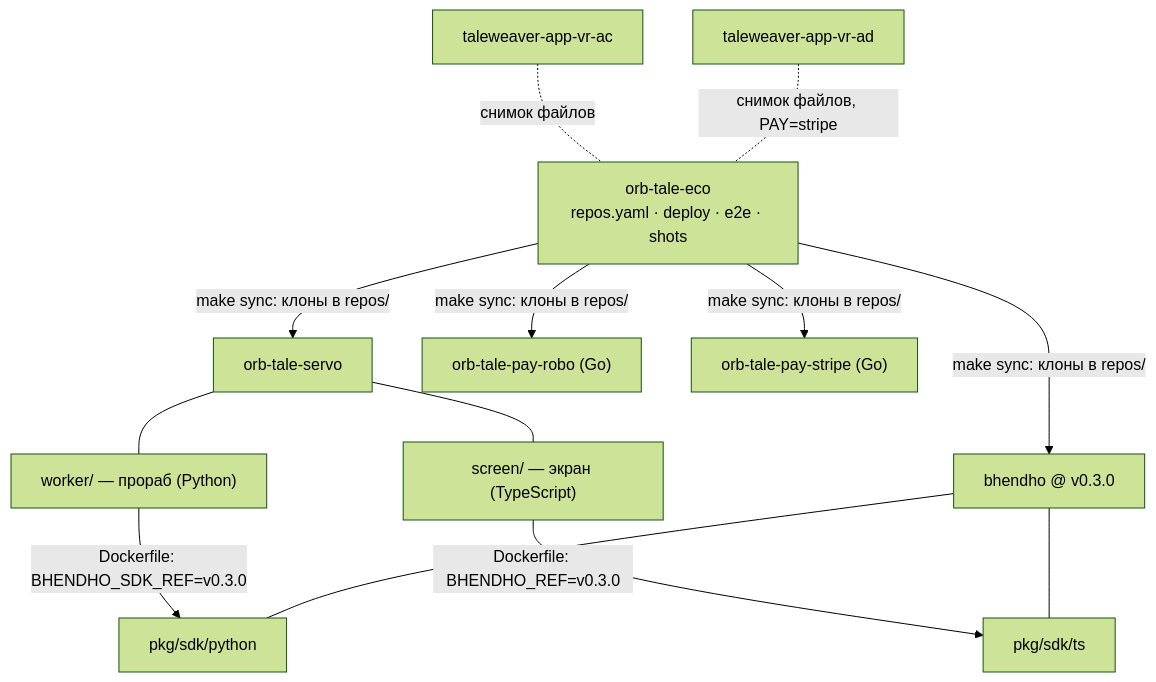
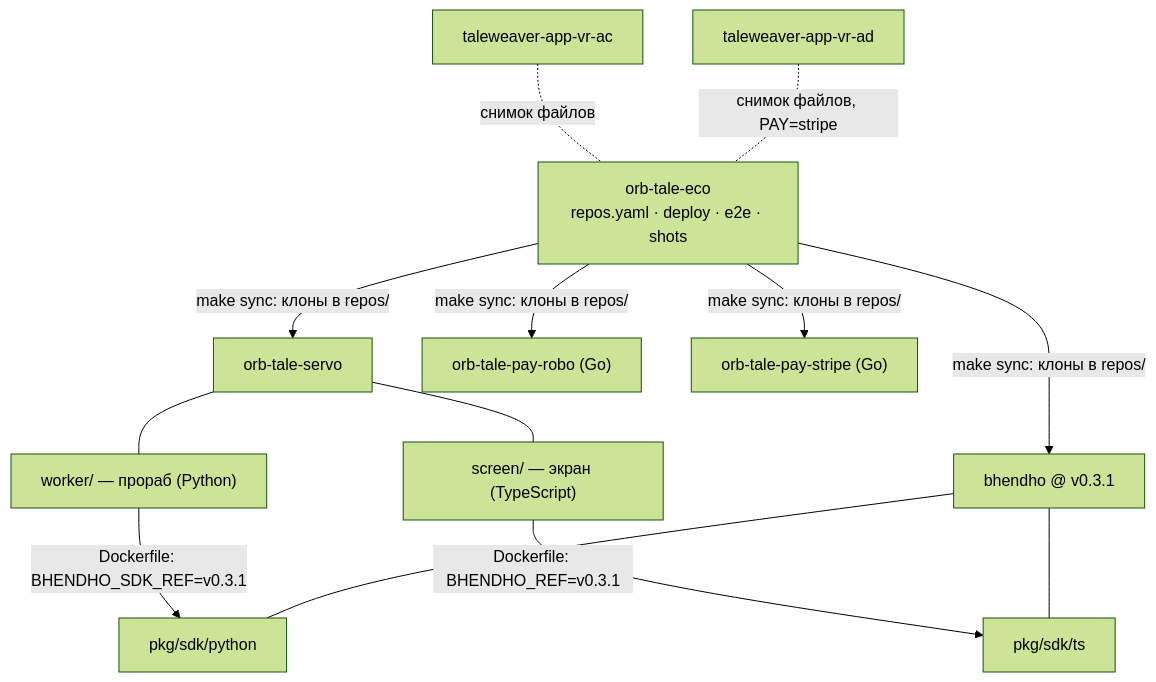
Before and after one commit to vlad78831457/orb-bundam: the diagram in man/tale/01-repos.md, drawn with Mermaid (forest theme). The commit also changed other lines of this file and 26 other files, not shown here.

````diff
--- a/man/tale/01-repos.md
+++ b/man/tale/01-repos.md
@@ -6,19 +6,19 @@
 ```mermaid
 flowchart TB
   eco["orb-tale-eco<br/>repos.yaml · deploy · e2e · shots"]
   servo["orb-tale-servo"]
   w["worker/ — прораб (Python)"]
   s["screen/ — экран (TypeScript)"]
   robo["orb-tale-pay-robo (Go)"]
   stripe["orb-tale-pay-stripe (Go)"]
-  core["bhendho @ v0.3.0"]
+  core["bhendho @ v0.3.1"]
   sdkpy["pkg/sdk/python"]
   sdkts["pkg/sdk/ts"]
   eco -- "make sync: клоны в repos/" --> servo & robo & stripe & core
   servo --- w & s
-  w -- "Dockerfile: BHENDHO_SDK_REF=v0.3.0" --> sdkpy
-  s -- "Dockerfile: BHENDHO_REF=v0.3.0" --> sdkts
+  w -- "Dockerfile: BHENDHO_SDK_REF=v0.3.1" --> sdkpy
+  s -- "Dockerfile: BHENDHO_REF=v0.3.1" --> sdkts
   core --- sdkpy & sdkts
   ac["taleweaver-app-vr-ac"] -. "снимок файлов" .- eco
   ad["taleweaver-app-vr-ad"] -. "снимок файлов, PAY=stripe" .- eco
 ```
````
